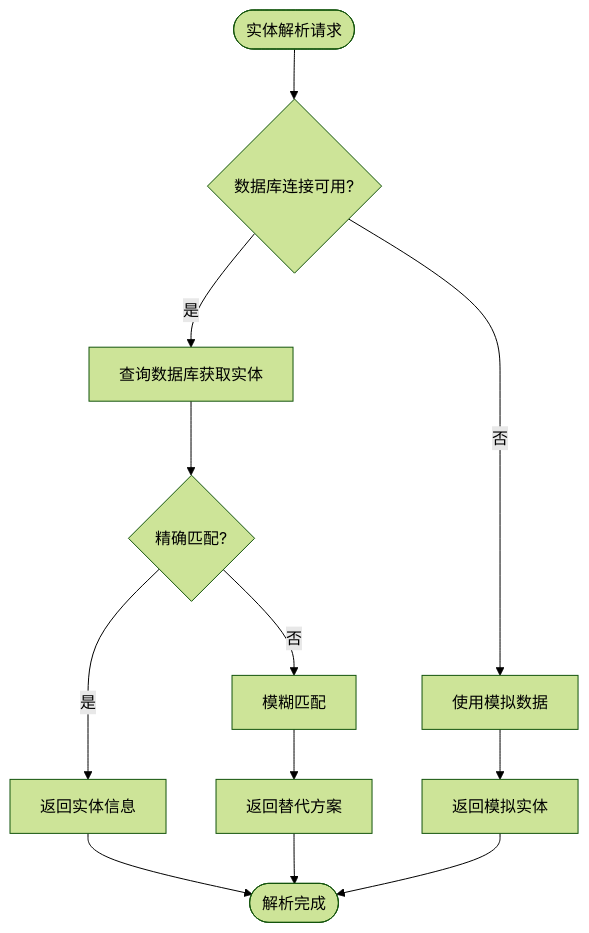
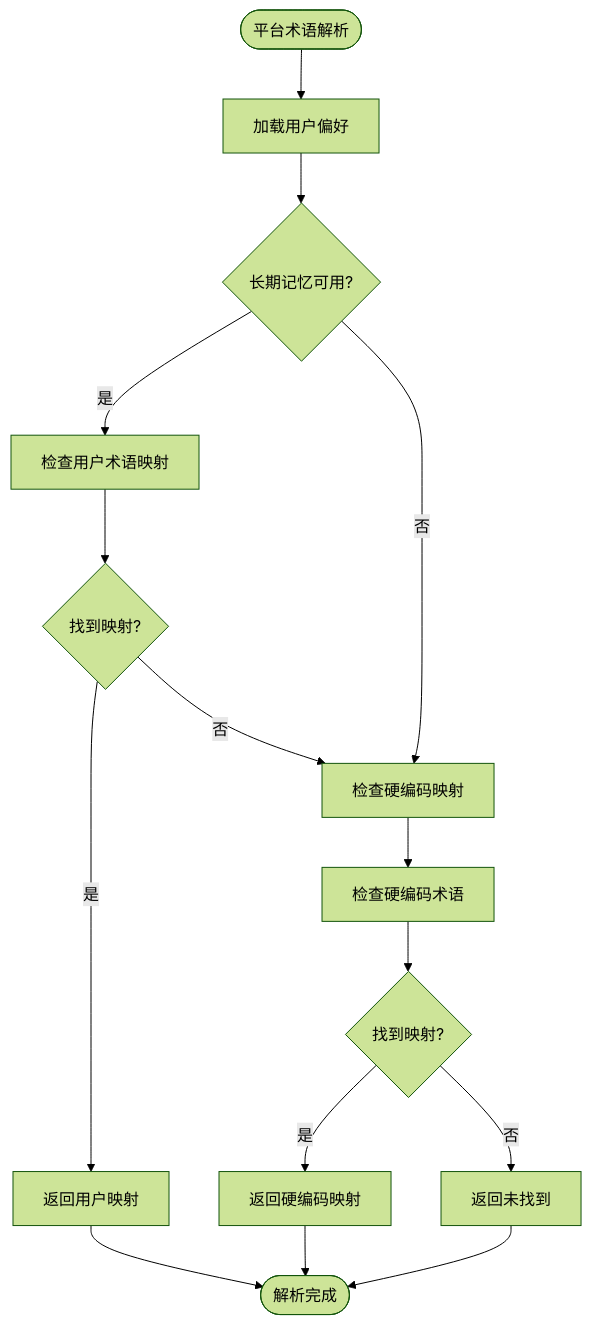
One commit to HanHuiOnLine/724-office changed the fourth of 16 diagrams in .qoder/repowiki/zh/content/架构设计/NL2SQL系统架构设计.md. Above: the diagram before and after it, drawn with Mermaid (forest theme). The commit also changed other lines of this file and 115 other files, not shown here.

````diff
--- a/.qoder/repowiki/zh/content/架构设计/NL2SQL系统架构设计.md
+++ b/.qoder/repowiki/zh/content/架构设计/NL2SQL系统架构设计.md
@@ -177,14 +191,17 @@
 ```mermaid
 flowchart TD
-EntityStart([实体解析请求]) --> CheckDB{数据库连接可用?}
-CheckDB --> |是| QueryDB[查询数据库获取实体]
-CheckDB --> |否| MockData[使用模拟数据]
-QueryDB --> ExactMatch{精确匹配?}
-ExactMatch --> |是| ReturnEntity[返回实体信息]
-ExactMatch --> |否| FuzzyMatch[模糊匹配]
-FuzzyMatch --> ReturnAlternatives[返回替代方案]
-MockData --> ReturnMock[返回模拟实体]
-ReturnEntity --> End([解析完成])
-ReturnAlternatives --> End
-ReturnMock --> End
+PlatformStart([平台术语解析]) --> LoadUserPrefs[加载用户偏好]
+LoadUserPrefs --> CheckMemory{长期记忆可用?}
+CheckMemory --> |是| CheckUserTerm[检查用户术语映射]
+CheckMemory --> |否| CheckHardcoded[检查硬编码映射]
+CheckUserTerm --> FoundUserPref{找到映射?}
+FoundUserPref --> |是| ReturnUserPref[返回用户映射]
+FoundUserPref --> |否| CheckHardcoded
+CheckHardcoded --> CheckHardcodedTerms[检查硬编码术语]
+CheckHardcodedTerms --> FoundHardcoded{找到映射?}
+FoundHardcoded --> |是| ReturnHardcoded[返回硬编码映射]
+FoundHardcoded --> |否| ReturnNone[返回未找到]
+ReturnUserPref --> End([解析完成])
+ReturnHardcoded --> End
+ReturnNone --> End
 ```
````
